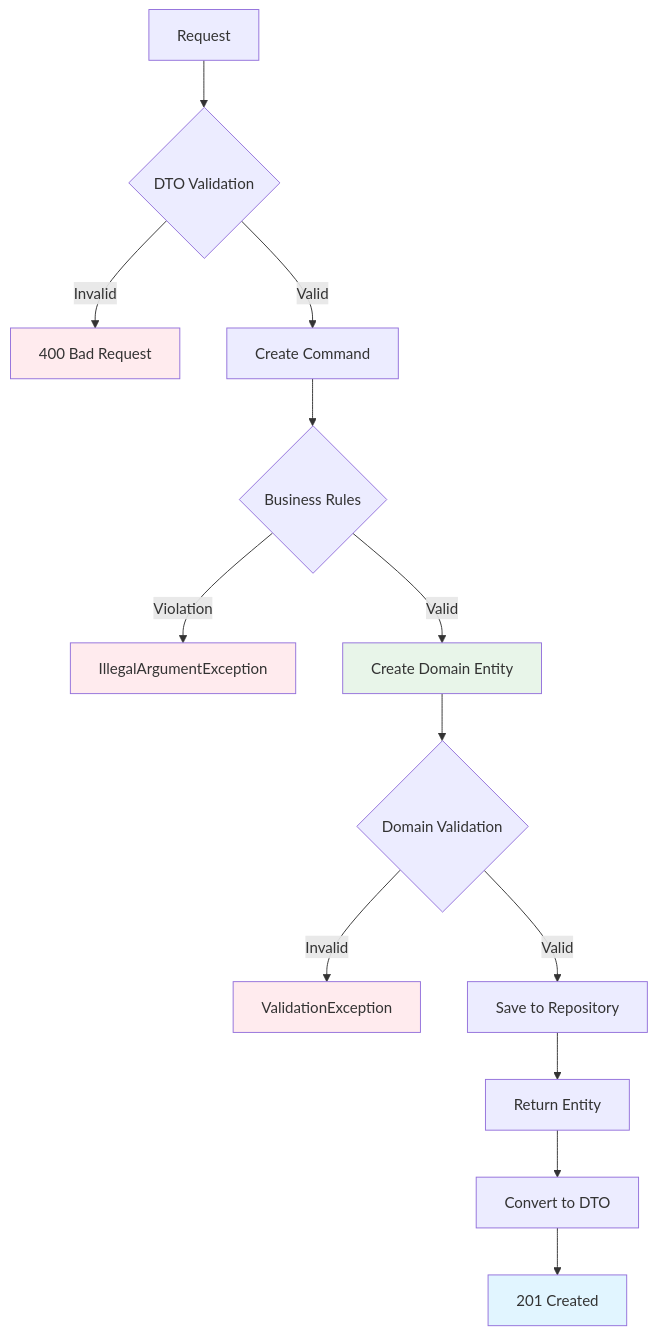
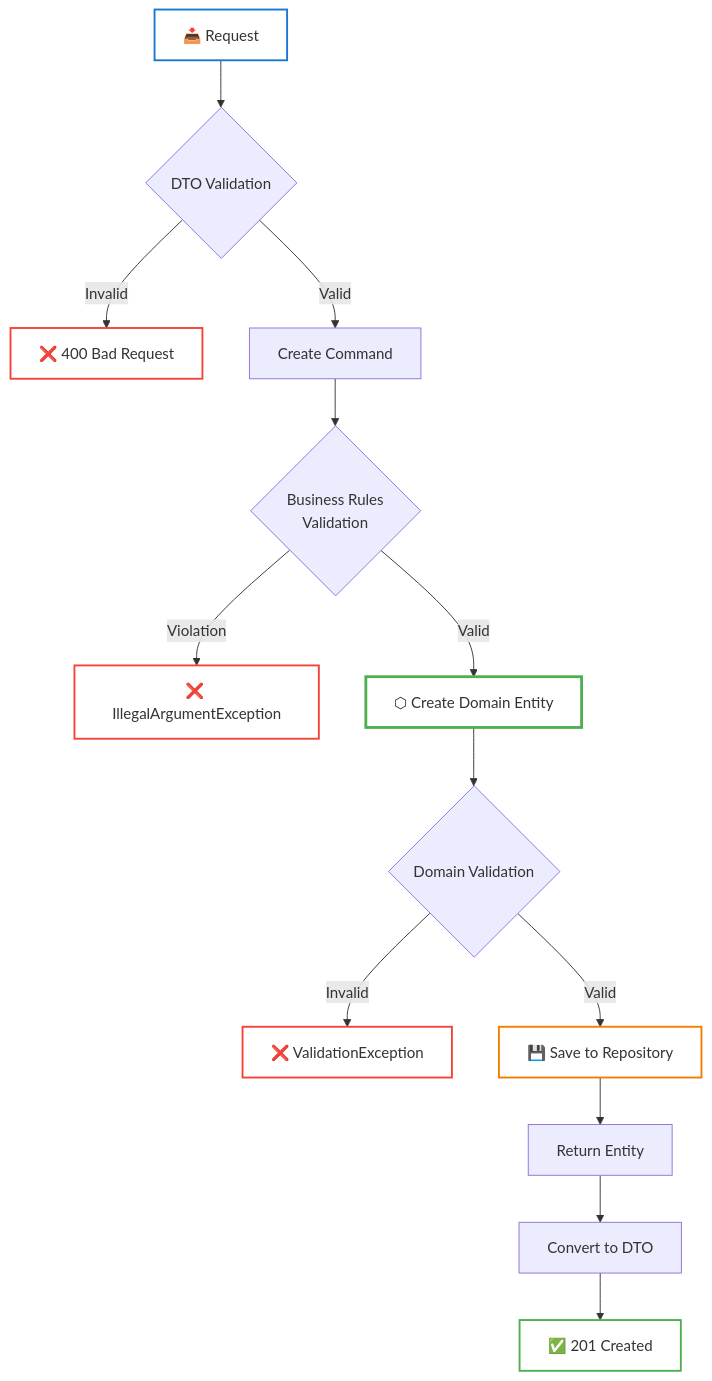
Before and after one commit to leandro-yamaniha/java-hexagonal: the seventh of 11 diagrams in docs/backend/ARCHITECTURE_DIAGRAMS.md, drawn with Mermaid. The commit also changed other lines of this file and 6 other files, not shown here.

Commit message:
docs: add frontend Angular documentation and architecture diagrams

````diff
--- a/docs/backend/ARCHITECTURE_DIAGRAMS.md
+++ b/docs/backend/ARCHITECTURE_DIAGRAMS.md
@@ -255,21 +270,23 @@
 ```mermaid
 flowchart TD
-    A[Request] --> B{DTO Validation}
-    B -->|Invalid| C[400 Bad Request]
+    A[📥 Request] --> B{DTO Validation}
+    B -->|Invalid| C[❌ 400 Bad Request]
     B -->|Valid| D[Create Command]
-    D --> E{Business Rules}
-    E -->|Violation| F[IllegalArgumentException]
-    E -->|Valid| G[Create Domain Entity]
+    D --> E{Business Rules<br/>Validation}
+    E -->|Violation| F[❌ IllegalArgumentException]
+    E -->|Valid| G[⬡ Create Domain Entity]
     G --> H{Domain Validation}
-    H -->|Invalid| I[ValidationException]
-    H -->|Valid| J[Save to Repository]
+    H -->|Invalid| I[❌ ValidationException]
+    H -->|Valid| J[💾 Save to Repository]
     J --> K[Return Entity]
     K --> L[Convert to DTO]
-    L --> M[201 Created]
+    L --> M[✅ 201 Created]
     
-    style G fill:#e8f5e9
-    style C fill:#ffebee
-    style F fill:#ffebee
-    style I fill:#ffebee
-    style M fill:#e1f5ff
+    style A fill:none,stroke:#1976D2,stroke-width:2px
+    style G fill:none,stroke:#4caf50,stroke-width:3px
+    style C fill:none,stroke:#f44336,stroke-width:2px
+    style F fill:none,stroke:#f44336,stroke-width:2px
+    style I fill:none,stroke:#f44336,stroke-width:2px
+    style M fill:none,stroke:#4caf50,stroke-width:2px
+    style J fill:none,stroke:#F57C00,stroke-width:2px
 ```
````
